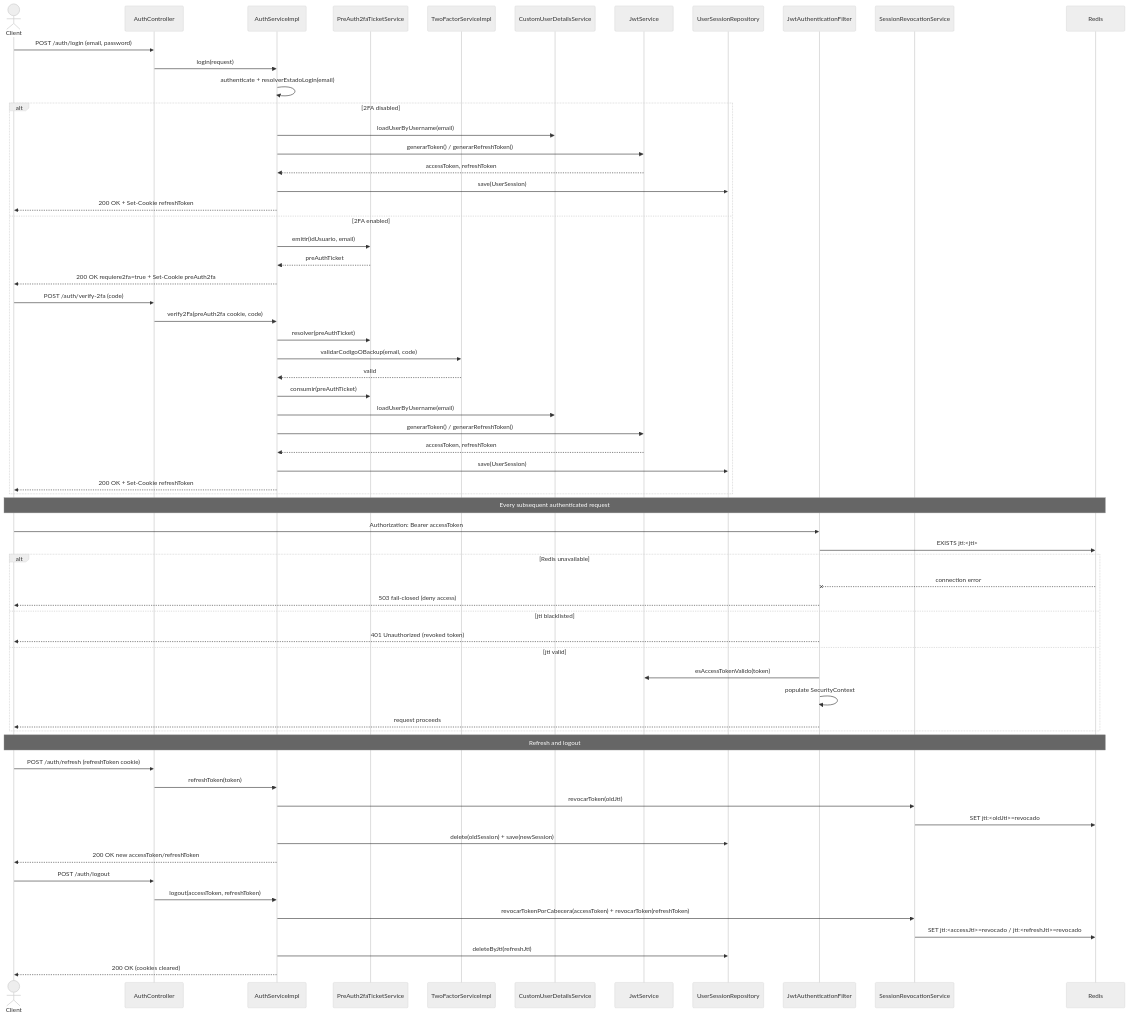
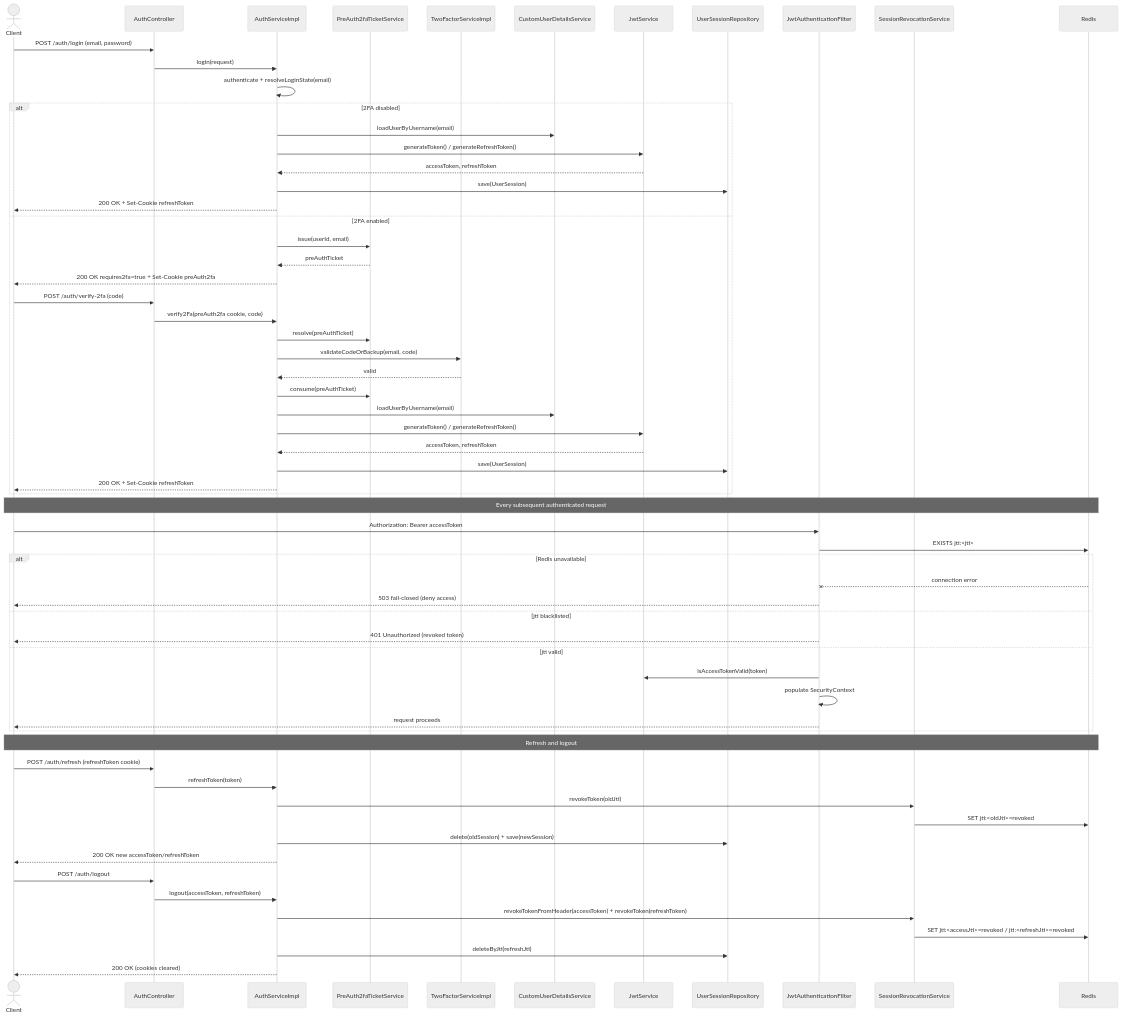
Before and after one commit to JohanCarvajal04/Proyecto-WEB-ARTISYNC: the first of 4 diagrams in docs/diagramas/Secuencia_Login_JWT.md, drawn with Mermaid (neutral theme). The commit also changed other lines of this file and 7 other files, not shown here.

First line of the commit message:
docs(diagramas): traducir a ingles ER, secuencia login, C4 y clases (E3)

````diff
--- a/docs/diagramas/Secuencia_Login_JWT.md
+++ b/docs/diagramas/Secuencia_Login_JWT.md
@@ -18,70 +18,70 @@
 ```mermaid
 sequenceDiagram
     actor Client
     participant AuthCtrl as AuthController
     participant AuthSvc as AuthServiceImpl
     participant Ticket as PreAuth2faTicketService
     participant TwoFa as TwoFactorServiceImpl
     participant UDS as CustomUserDetailsService
     participant JwtSvc as JwtService
     participant SessionRepo as UserSessionRepository
     participant Filter as JwtAuthenticationFilter
     participant Revoke as SessionRevocationService
     participant Redis
 
     Client->>AuthCtrl: POST /auth/login (email, password)
     AuthCtrl->>AuthSvc: login(request)
-    AuthSvc->>AuthSvc: authenticate + resolverEstadoLogin(email)
+    AuthSvc->>AuthSvc: authenticate + resolveLoginState(email)
 
     alt 2FA disabled
         AuthSvc->>UDS: loadUserByUsername(email)
-        AuthSvc->>JwtSvc: generarToken() / generarRefreshToken()
+        AuthSvc->>JwtSvc: generateToken() / generateRefreshToken()
         JwtSvc-->>AuthSvc: accessToken, refreshToken
         AuthSvc->>SessionRepo: save(UserSession)
         AuthSvc-->>Client: 200 OK + Set-Cookie refreshToken
     else 2FA enabled
-        AuthSvc->>Ticket: emitir(idUsuario, email)
+        AuthSvc->>Ticket: issue(userId, email)
         Ticket-->>AuthSvc: preAuthTicket
-        AuthSvc-->>Client: 200 OK requiere2fa=true + Set-Cookie preAuth2fa
+        AuthSvc-->>Client: 200 OK requires2fa=true + Set-Cookie preAuth2fa
         Client->>AuthCtrl: POST /auth/verify-2fa (code)
         AuthCtrl->>AuthSvc: verify2Fa(preAuth2fa cookie, code)
-        AuthSvc->>Ticket: resolver(preAuthTicket)
-        AuthSvc->>TwoFa: validarCodigoOBackup(email, code)
+        AuthSvc->>Ticket: resolve(preAuthTicket)
+        AuthSvc->>TwoFa: validateCodeOrBackup(email, code)
         TwoFa-->>AuthSvc: valid
-        AuthSvc->>Ticket: consumir(preAuthTicket)
+        AuthSvc->>Ticket: consume(preAuthTicket)
         AuthSvc->>UDS: loadUserByUsername(email)
-        AuthSvc->>JwtSvc: generarToken() / generarRefreshToken()
+        AuthSvc->>JwtSvc: generateToken() / generateRefreshToken()
         JwtSvc-->>AuthSvc: accessToken, refreshToken
         AuthSvc->>SessionRepo: save(UserSession)
         AuthSvc-->>Client: 200 OK + Set-Cookie refreshToken
     end
 
     Note over Client,Redis: Every subsequent authenticated request
     Client->>Filter: Authorization: Bearer accessToken
     Filter->>Redis: EXISTS jti:<jti>
     alt Redis unavailable
         Redis--xFilter: connection error
         Filter-->>Client: 503 fail-closed (deny access)
     else jti blacklisted
         Filter-->>Client: 401 Unauthorized (revoked token)
     else jti valid
-        Filter->>JwtSvc: esAccessTokenValido(token)
+        Filter->>JwtSvc: isAccessTokenValid(token)
         Filter->>Filter: populate SecurityContext
         Filter-->>Client: request proceeds
     end
 
     Note over Client,Redis: Refresh and logout
     Client->>AuthCtrl: POST /auth/refresh (refreshToken cookie)
     AuthCtrl->>AuthSvc: refreshToken(token)
-    AuthSvc->>Revoke: revocarToken(oldJti)
-    Revoke->>Redis: SET jti:<oldJti>=revocado
+    AuthSvc->>Revoke: revokeToken(oldJti)
+    Revoke->>Redis: SET jti:<oldJti>=revoked
     AuthSvc->>SessionRepo: delete(oldSession) + save(newSession)
     AuthSvc-->>Client: 200 OK new accessToken/refreshToken
 
     Client->>AuthCtrl: POST /auth/logout
     AuthCtrl->>AuthSvc: logout(accessToken, refreshToken)
-    AuthSvc->>Revoke: revocarTokenPorCabecera(accessToken) + revocarToken(refreshToken)
-    Revoke->>Redis: SET jti:<accessJti>=revocado / jti:<refreshJti>=revocado
+    AuthSvc->>Revoke: revokeTokenFromHeader(accessToken) + revokeToken(refreshToken)
+    Revoke->>Redis: SET jti:<accessJti>=revoked / jti:<refreshJti>=revoked
     AuthSvc->>SessionRepo: deleteByJti(refreshJti)
     AuthSvc-->>Client: 200 OK (cookies cleared)
 ```
````
